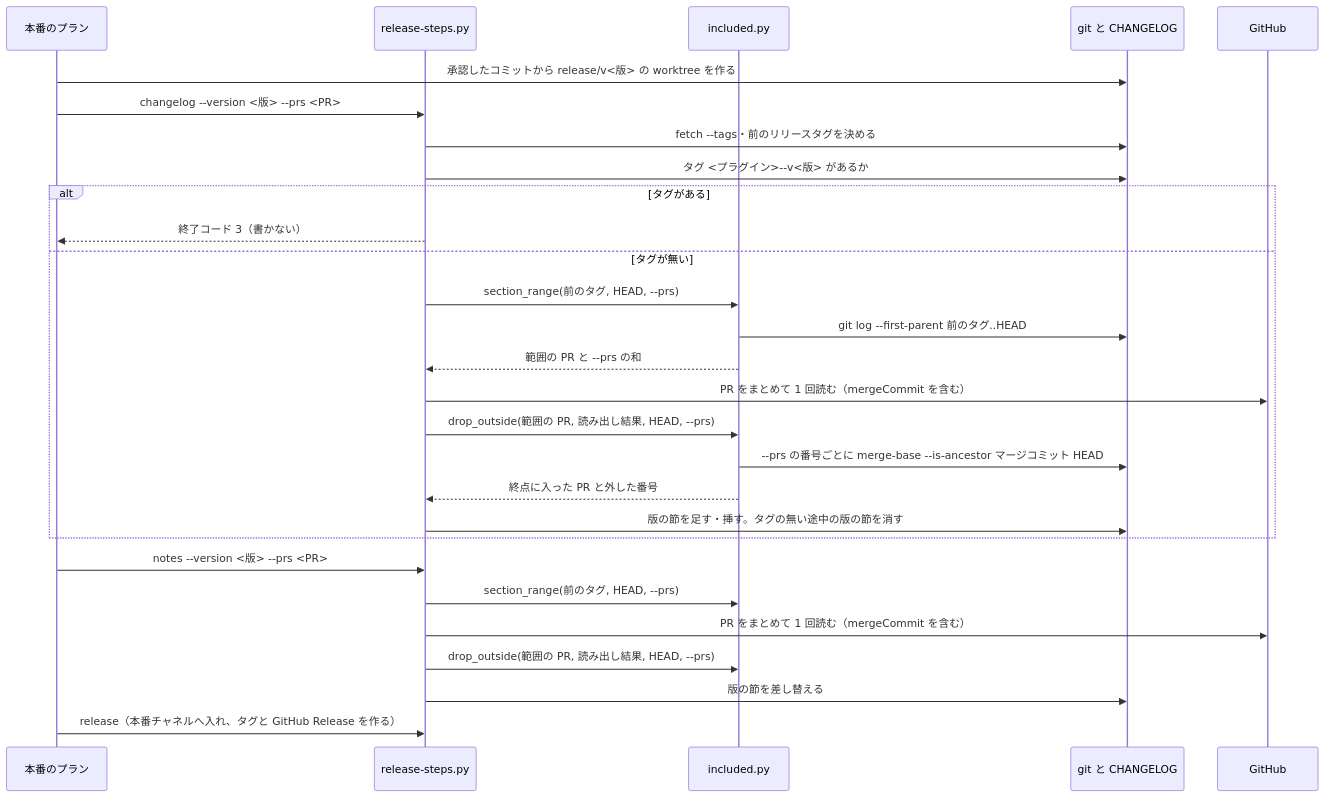
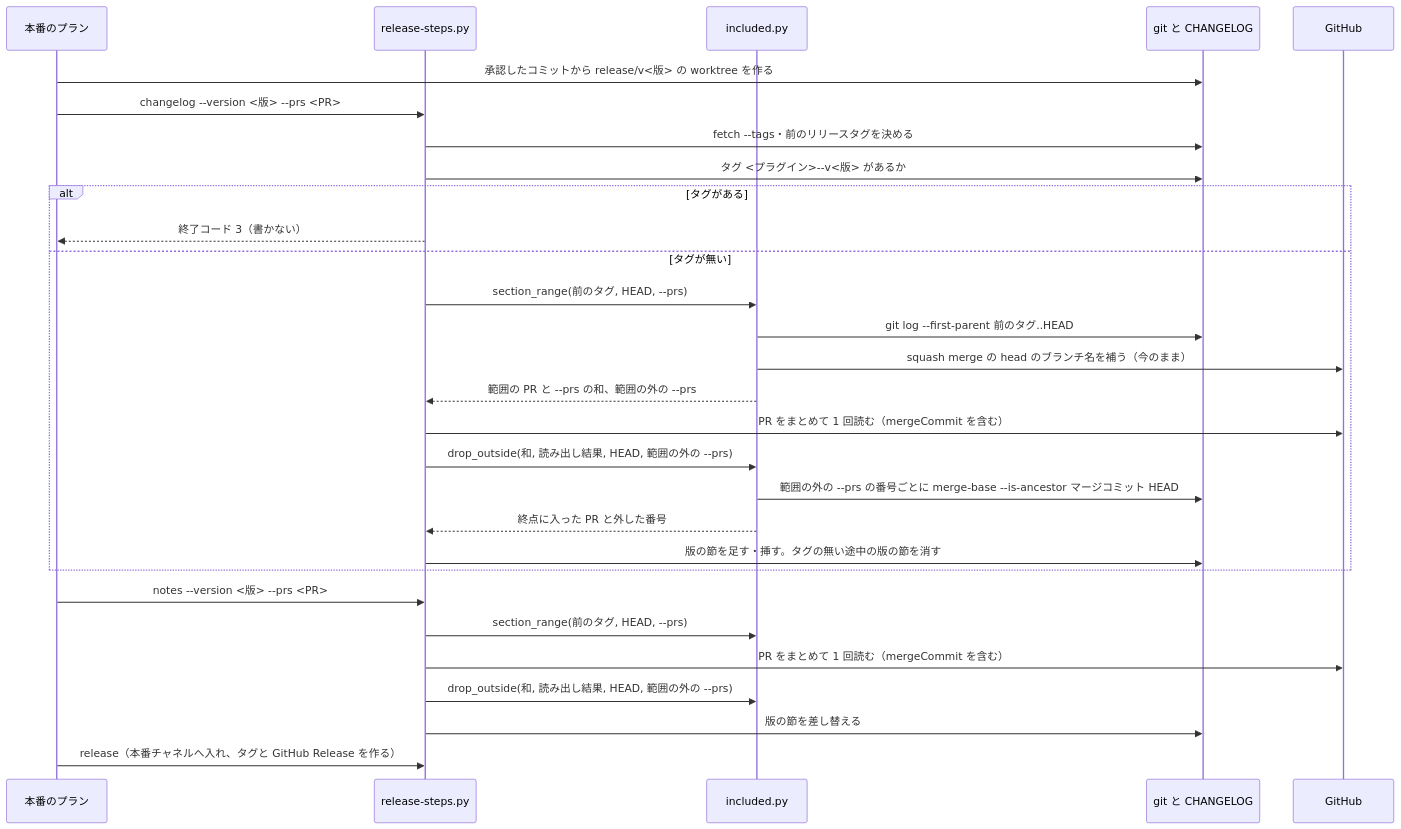
One commit to devbasex/ai-plugins changed the second of 2 diagrams in issues/issue-2555-design.md. Above: the diagram before and after it, drawn with Mermaid. The commit also changed other lines of this file, not shown here.

````diff
--- a/issues/issue-2555-design.md
+++ b/issues/issue-2555-design.md
@@ -199,30 +204,31 @@
 ```mermaid
 sequenceDiagram
     participant P as 本番のプラン
     participant R as release-steps.py
     participant I as included.py
     participant G as git と CHANGELOG
     participant H as GitHub
     P->>G: 承認したコミットから release/v<版> の worktree を作る
     P->>R: changelog --version <版> --prs <PR>
     R->>G: fetch --tags・前のリリースタグを決める
     R->>G: タグ <プラグイン>--v<版> があるか
     alt タグがある
         R-->>P: 終了コード 3（書かない）
     else タグが無い
         R->>I: section_range(前のタグ, HEAD, --prs)
         I->>G: git log --first-parent 前のタグ..HEAD
-        I-->>R: 範囲の PR と --prs の和
+        I->>H: squash merge の head のブランチ名を補う（今のまま）
+        I-->>R: 範囲の PR と --prs の和、範囲の外の --prs
         R->>H: PR をまとめて 1 回読む（mergeCommit を含む）
-        R->>I: drop_outside(範囲の PR, 読み出し結果, HEAD, --prs)
-        I->>G: --prs の番号ごとに merge-base --is-ancestor マージコミット HEAD
+        R->>I: drop_outside(和, 読み出し結果, HEAD, 範囲の外の --prs)
+        I->>G: 範囲の外の --prs の番号ごとに merge-base --is-ancestor マージコミット HEAD
         I-->>R: 終点に入った PR と外した番号
         R->>G: 版の節を足す・挿す。タグの無い途中の版の節を消す
     end
     P->>R: notes --version <版> --prs <PR>
     R->>I: section_range(前のタグ, HEAD, --prs)
     R->>H: PR をまとめて 1 回読む（mergeCommit を含む）
-    R->>I: drop_outside(範囲の PR, 読み出し結果, HEAD, --prs)
+    R->>I: drop_outside(和, 読み出し結果, HEAD, 範囲の外の --prs)
     R->>G: 版の節を差し替える
     P->>R: release（本番チャネルへ入れ、タグと GitHub Release を作る）
 ```
````
